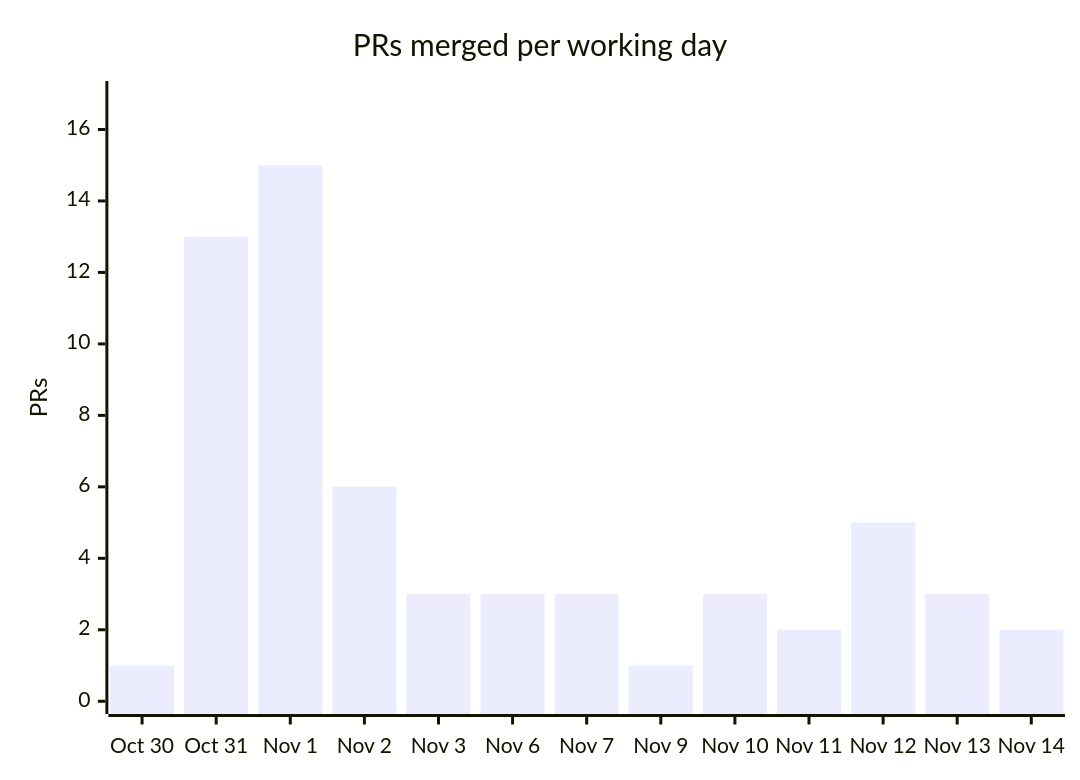
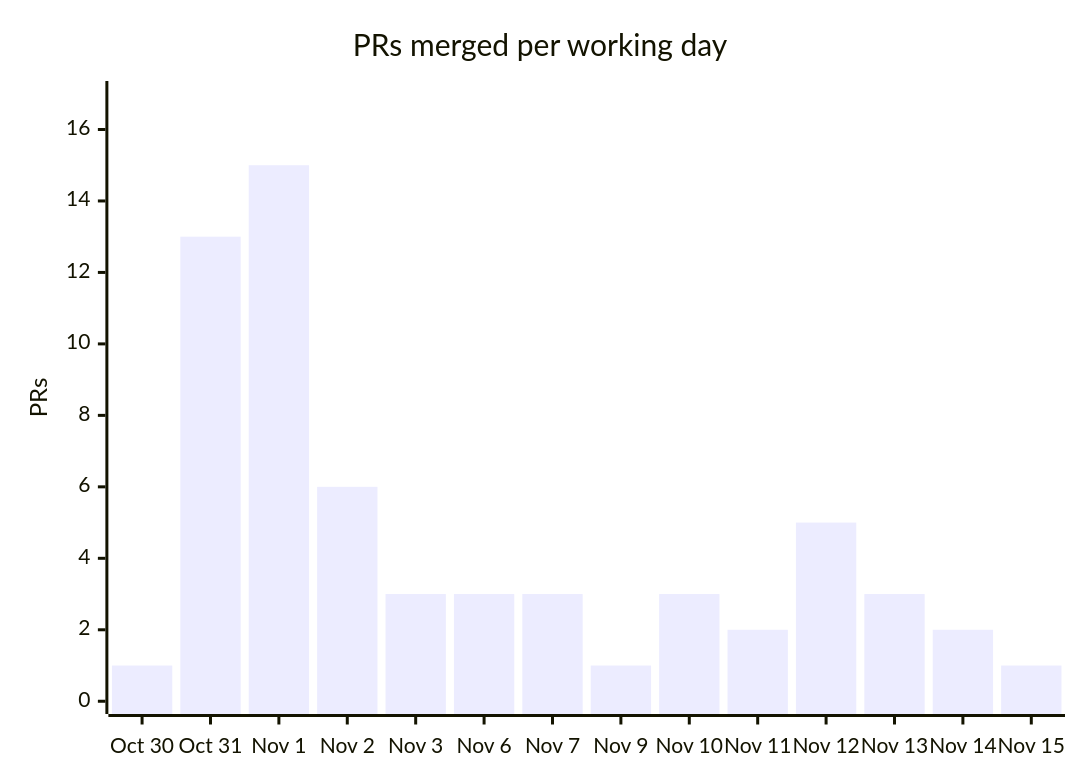
Before and after one commit to cmprssd/nfsh: the fourth of 4 diagrams in docs/OVERVIEW.md, drawn with Mermaid. The commit also changed other lines of this file and 9 other files, not shown here.

````diff
--- a/docs/OVERVIEW.md
+++ b/docs/OVERVIEW.md
@@ -142,7 +142,7 @@
 ```mermaid
 xychart-beta
     title "PRs merged per working day"
-    x-axis ["Oct 30", "Oct 31", "Nov 1", "Nov 2", "Nov 3", "Nov 6", "Nov 7", "Nov 9", "Nov 10", "Nov 11", "Nov 12", "Nov 13", "Nov 14"]
+    x-axis ["Oct 30", "Oct 31", "Nov 1", "Nov 2", "Nov 3", "Nov 6", "Nov 7", "Nov 9", "Nov 10", "Nov 11", "Nov 12", "Nov 13", "Nov 14", "Nov 15"]
     y-axis "PRs" 0 --> 17
-    bar [1, 13, 15, 6, 3, 3, 3, 1, 3, 2, 5, 3, 2]
+    bar [1, 13, 15, 6, 3, 3, 3, 1, 3, 2, 5, 3, 2, 1]
 ```
````
